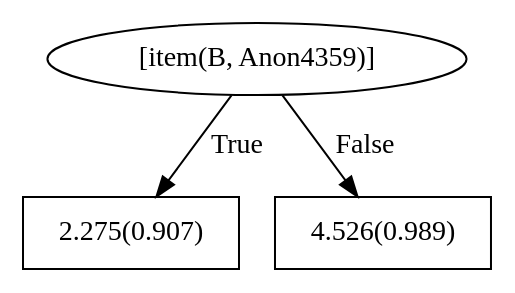
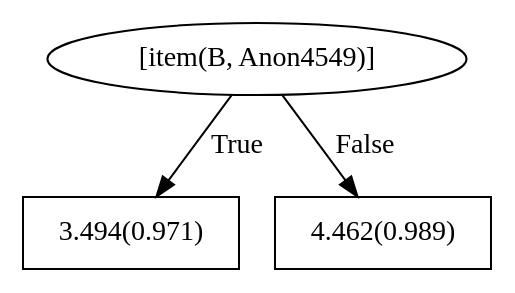
The diagram in boosted_bandit/trial2/train/models/bRDNs/dotFiles/CombinedTreesrecommendation.dot (vnagpal25/BEACON), drawn with Graphviz before and after one commit. The commit also changed 255 other files, not shown here.

```diff
--- a/boosted_bandit/trial2/train/models/bRDNs/dotFiles/CombinedTreesrecommendation.dot
+++ b/boosted_bandit/trial2/train/models/bRDNs/dotFiles/CombinedTreesrecommendation.dot
@@ -1,7 +1,7 @@
 digraph G{ 
-1[label = "[item(B, Anon4359)]"];
+1[label = "[item(B, Anon4549)]"];
 1 -> 2[label="True"];
 1 -> 3[label="False"];
-2[shape = box,label = "2.275(0.907)"];
-3[shape = box,label = "4.526(0.989)"];
+2[shape = box,label = "3.494(0.971)"];
+3[shape = box,label = "4.462(0.989)"];
 }
```
